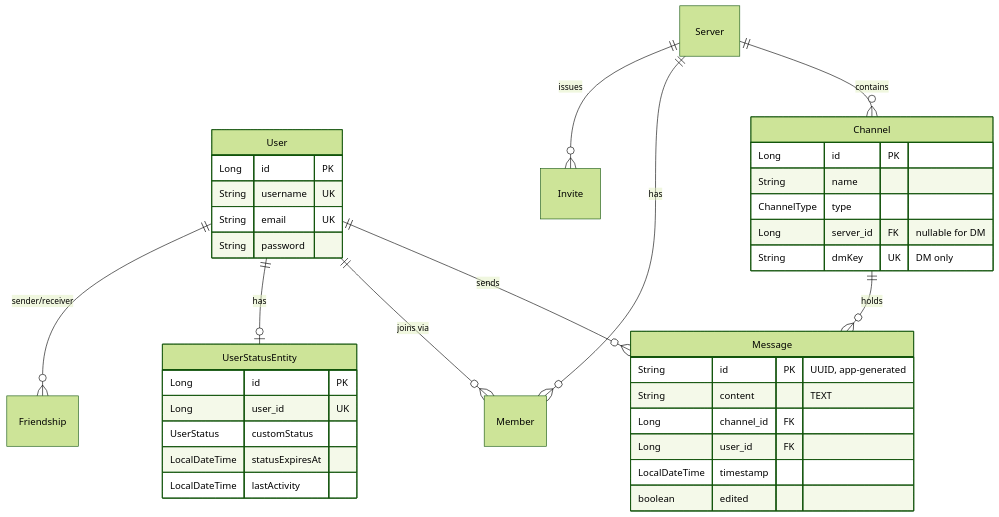
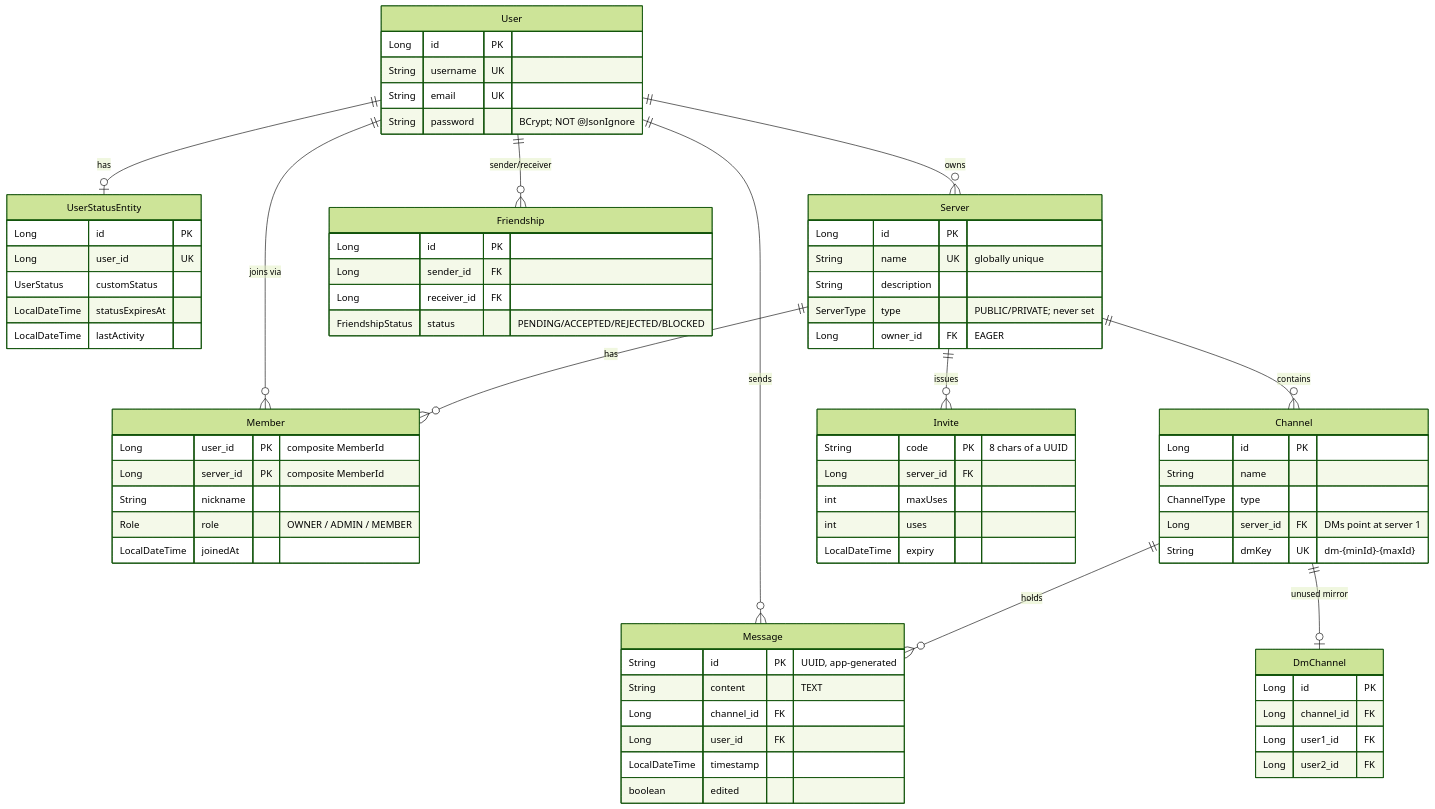
The second of 5 diagrams in docs/ARCHITECTURE.md (anilkr09/DiscordClone), drawn with Mermaid (forest theme) before and after one commit. The commit also changed other lines of this file and 6 other files, not shown here.

````diff
--- a/docs/ARCHITECTURE.md
+++ b/docs/ARCHITECTURE.md
@@ -114,40 +137,75 @@
 ```mermaid
 erDiagram
     User ||--o{ Message : sends
     User ||--o{ Member : "joins via"
     User ||--o| UserStatusEntity : has
+    User ||--o{ Server : owns
     Server ||--o{ Channel : contains
     Server ||--o{ Member : has
     Server ||--o{ Invite : issues
     Channel ||--o{ Message : holds
+    Channel ||--o| DmChannel : "unused mirror"
     User ||--o{ Friendship : "sender/receiver"
 
     User {
         Long id PK
         String username UK
         String email UK
-        String password
+        String password "BCrypt; NOT @JsonIgnore"
+    }
+    Server {
+        Long id PK
+        String name UK "globally unique"
+        String description
+        ServerType type "PUBLIC/PRIVATE; never set"
+        Long owner_id FK "EAGER"
+    }
+    Member {
+        Long user_id PK "composite MemberId"
+        Long server_id PK "composite MemberId"
+        String nickname
+        Role role "OWNER / ADMIN / MEMBER"
+        LocalDateTime joinedAt
+    }
+    Invite {
+        String code PK "8 chars of a UUID"
+        Long server_id FK
+        int maxUses
+        int uses
+        LocalDateTime expiry
+    }
+    Friendship {
+        Long id PK
+        Long sender_id FK
+        Long receiver_id FK
+        FriendshipStatus status "PENDING/ACCEPTED/REJECTED/BLOCKED"
+    }
+    DmChannel {
+        Long id PK
+        Long channel_id FK
+        Long user1_id FK
+        Long user2_id FK
     }
     Message {
         String id PK "UUID, app-generated"
         String content "TEXT"
         Long channel_id FK
         Long user_id FK
         LocalDateTime timestamp
         boolean edited
     }
     Channel {
         Long id PK
         String name
         ChannelType type
-        Long server_id FK "nullable for DM"
-        String dmKey UK "DM only"
+        Long server_id FK "DMs point at server 1"
+        String dmKey UK "dm-{minId}-{maxId}"
     }
     UserStatusEntity {
         Long id PK
         Long user_id UK
         UserStatus customStatus
         LocalDateTime statusExpiresAt
         LocalDateTime lastActivity
     }
 ```
````
